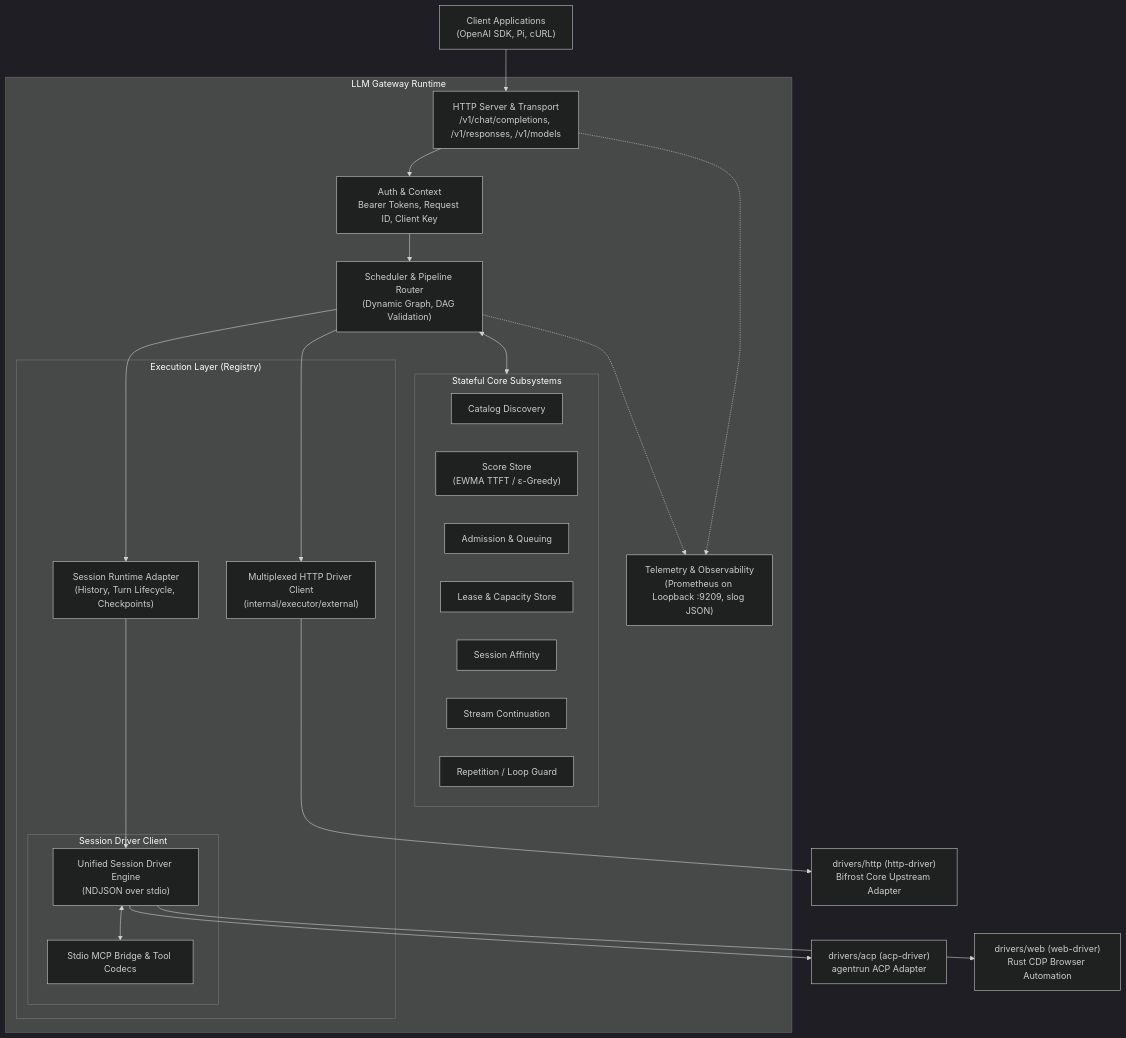
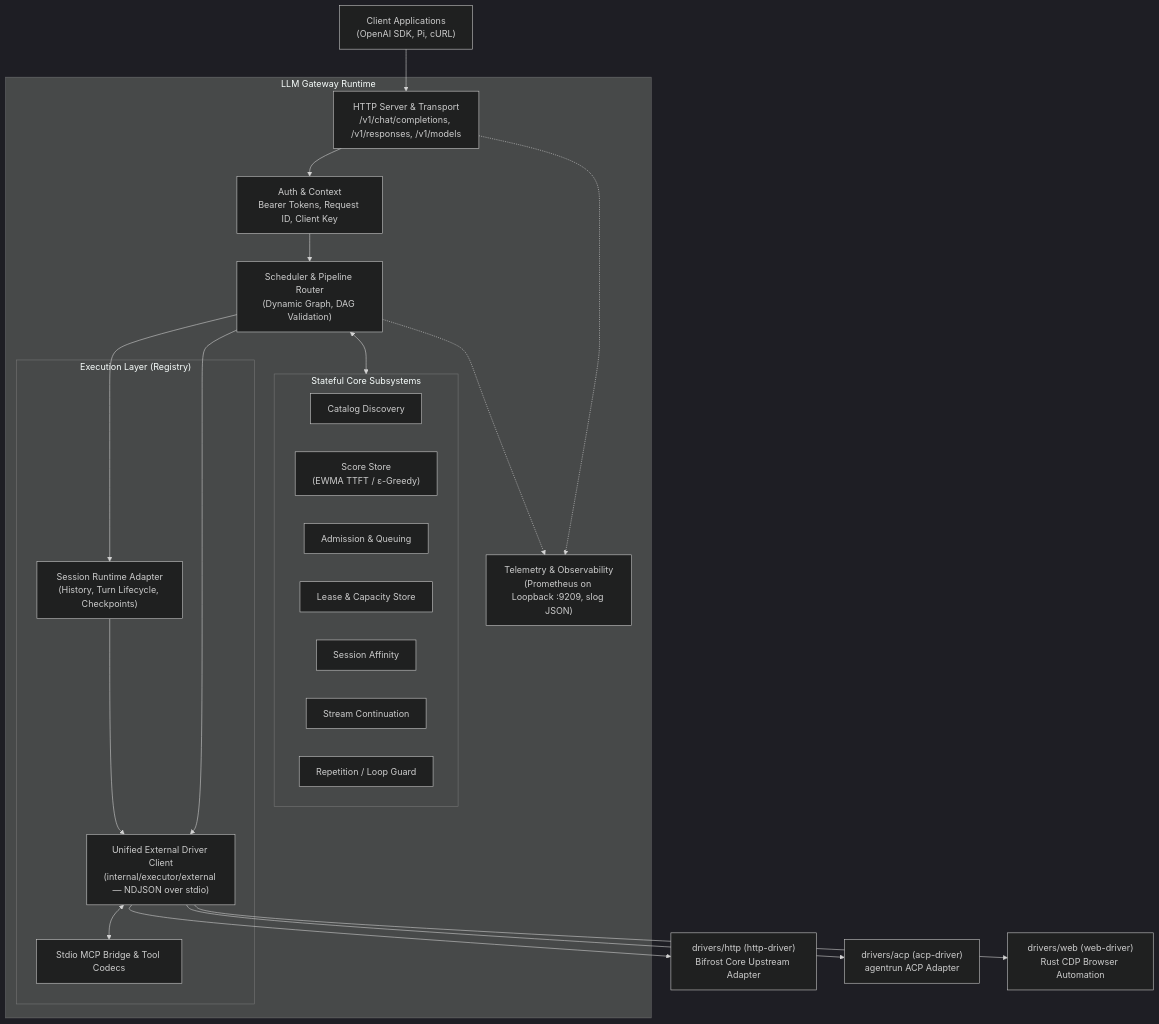
The first of 4 diagrams in ARCHITECTURE.md (mytecor/llm-gateway), drawn with Mermaid (dark theme) before and after one commit. The commit also changed other lines of this file and 30 other files, not shown here.

Commit message:
refactor: make gateway core driver-agnostic and unify NDJSON driver protocol

````diff
--- a/ARCHITECTURE.md
+++ b/ARCHITECTURE.md
@@ -11,53 +11,49 @@
 ```mermaid
 flowchart TD
     Client["Client Applications<br/>(OpenAI SDK, Pi, cURL)"]
     
     subgraph Gateway["LLM Gateway Runtime"]
         Server["HTTP Server & Transport<br/>/v1/chat/completions, /v1/responses, /v1/models"]
         Auth["Auth & Context<br/>Bearer Tokens, Request ID, Client Key"]
         
         Scheduler["Scheduler & Pipeline Router<br/>(Dynamic Graph, DAG Validation)"]
         
         subgraph Subsystems["Stateful Core Subsystems"]
             Catalog["Catalog Discovery"]
             ScoreStore["Score Store<br/>(EWMA TTFT / ε-Greedy)"]
             Admission["Admission & Queuing"]
             Lease["Lease & Capacity Store"]
             Affinity["Session Affinity"]
             Continue["Stream Continuation"]
             Repetition["Repetition / Loop Guard"]
         end
 
         subgraph Executors["Execution Layer (Registry)"]
-            HTTPClient["Multiplexed HTTP Driver Client<br/>(internal/executor/external)"]
             SessionExec["Session Runtime Adapter<br/>(History, Turn Lifecycle, Checkpoints)"]
-            
-            subgraph NativeEngines["Session Driver Client"]
-                ExternalEngine["Unified Session Driver Engine<br/>(NDJSON over stdio)"]
-                MCPSystem["Stdio MCP Bridge & Tool Codecs"]
-            end
+            ExternalDriver["Unified External Driver Client<br/>(internal/executor/external — NDJSON over stdio)"]
+            MCPSystem["Stdio MCP Bridge & Tool Codecs"]
         end
         
         Telemetry["Telemetry & Observability<br/>(Prometheus on Loopback :9209, slog JSON)"]
     end
 
     HTTPDriver["drivers/http (http-driver)<br/>Bifrost Core Upstream Adapter"]
     ACPDriver["drivers/acp (acp-driver)<br/>agentrun ACP Adapter"]
     WebDriver["drivers/web (web-driver)<br/>Rust CDP Browser Automation"]
 
     Client --> Server
     Server --> Auth
     Auth --> Scheduler
     Scheduler <--> Subsystems
-    Scheduler --> HTTPClient
+    Scheduler --> ExternalDriver
     Scheduler --> SessionExec
     
-    HTTPClient --> HTTPDriver
-    SessionExec --> ExternalEngine
-    ExternalEngine <--> MCPSystem
-    ExternalEngine --> ACPDriver
-    ExternalEngine --> WebDriver
+    SessionExec --> ExternalDriver
+    ExternalDriver <--> MCPSystem
+    ExternalDriver --> HTTPDriver
+    ExternalDriver --> ACPDriver
+    ExternalDriver --> WebDriver
     
     Server -.-> Telemetry
     Scheduler -.-> Telemetry
 ```
````
